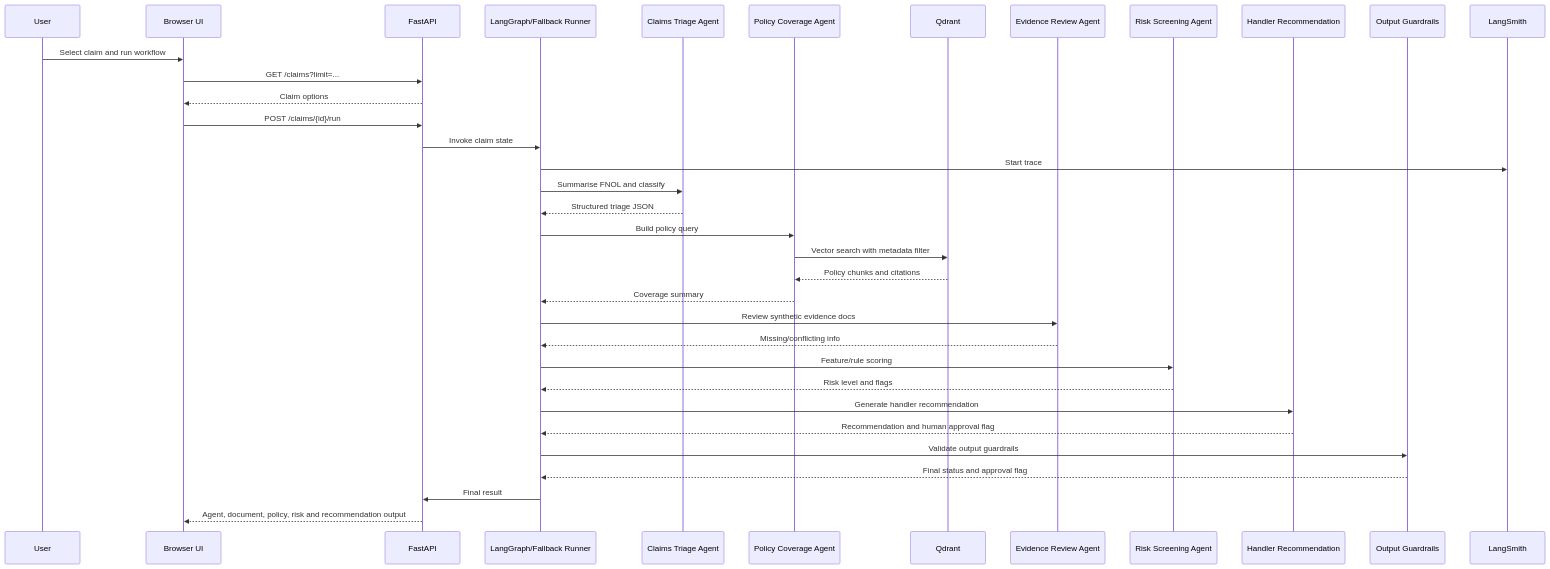
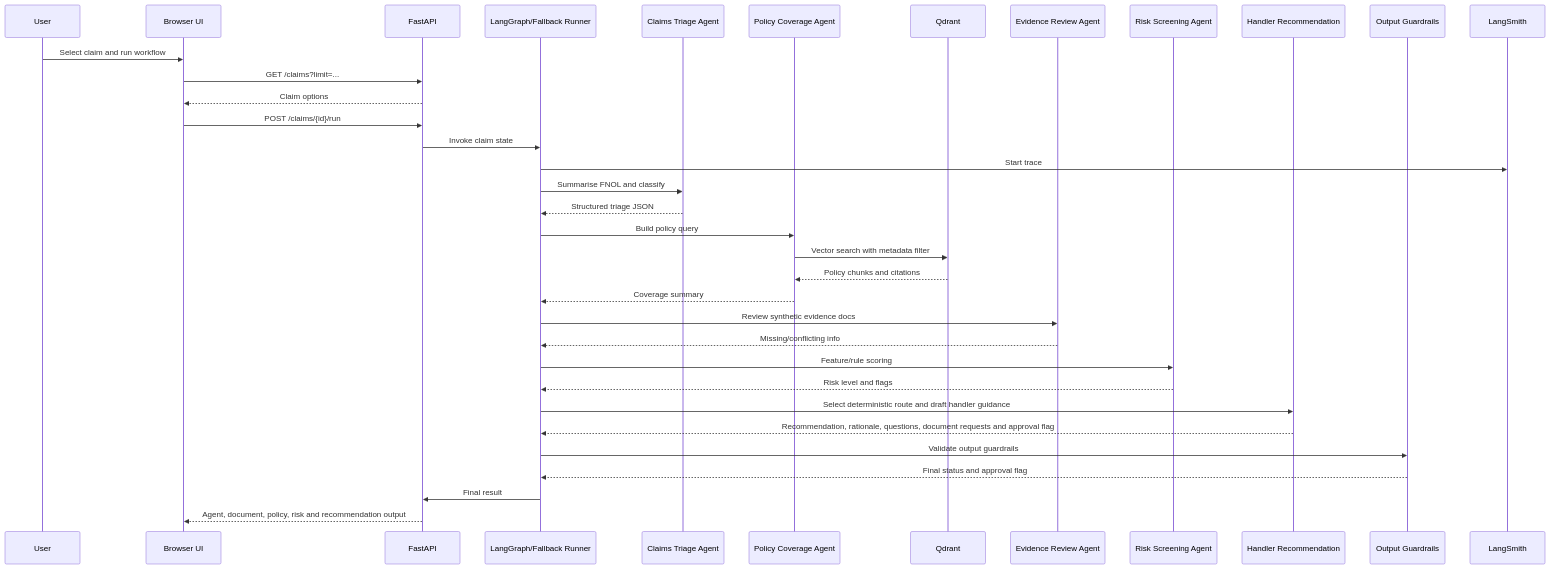
Before and after one commit to mwamba-m/insurance_claims_agentic_ai: the diagram in docs/IMPLEMENTATION_DOC.md, drawn with Mermaid. The commit also changed other lines of this file and 10 other files, not shown here.

````diff
--- a/docs/IMPLEMENTATION_DOC.md
+++ b/docs/IMPLEMENTATION_DOC.md
@@ -5,38 +5,38 @@
 ```mermaid
 sequenceDiagram
     participant User
     participant UI as Browser UI
     participant API as FastAPI
     participant Graph as LangGraph/Fallback Runner
     participant Triage as Claims Triage Agent
     participant RAG as Policy Coverage Agent
     participant Q as Qdrant
     participant Ev as Evidence Review Agent
     participant Risk as Risk Screening Agent
     participant Rec as Handler Recommendation
     participant Guard as Output Guardrails
     participant LS as LangSmith
 
     User->>UI: Select claim and run workflow
     UI->>API: GET /claims?limit=...
     API-->>UI: Claim options
     UI->>API: POST /claims/{id}/run
     API->>Graph: Invoke claim state
     Graph->>LS: Start trace
     Graph->>Triage: Summarise FNOL and classify
     Triage-->>Graph: Structured triage JSON
     Graph->>RAG: Build policy query
     RAG->>Q: Vector search with metadata filter
     Q-->>RAG: Policy chunks and citations
     RAG-->>Graph: Coverage summary
     Graph->>Ev: Review synthetic evidence docs
     Ev-->>Graph: Missing/conflicting info
     Graph->>Risk: Feature/rule scoring
     Risk-->>Graph: Risk level and flags
-    Graph->>Rec: Generate handler recommendation
-    Rec-->>Graph: Recommendation and human approval flag
+    Graph->>Rec: Select deterministic route and draft handler guidance
+    Rec-->>Graph: Recommendation, rationale, questions, document requests and approval flag
     Graph->>Guard: Validate output guardrails
     Guard-->>Graph: Final status and approval flag
     Graph->>API: Final result
     API-->>UI: Agent, document, policy, risk and recommendation output
 ```
````
